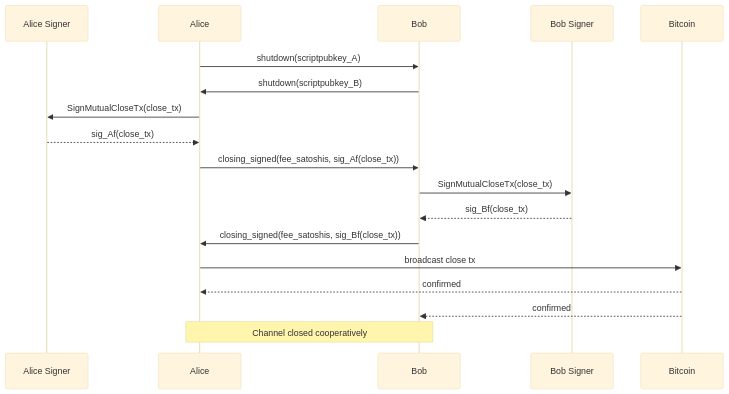
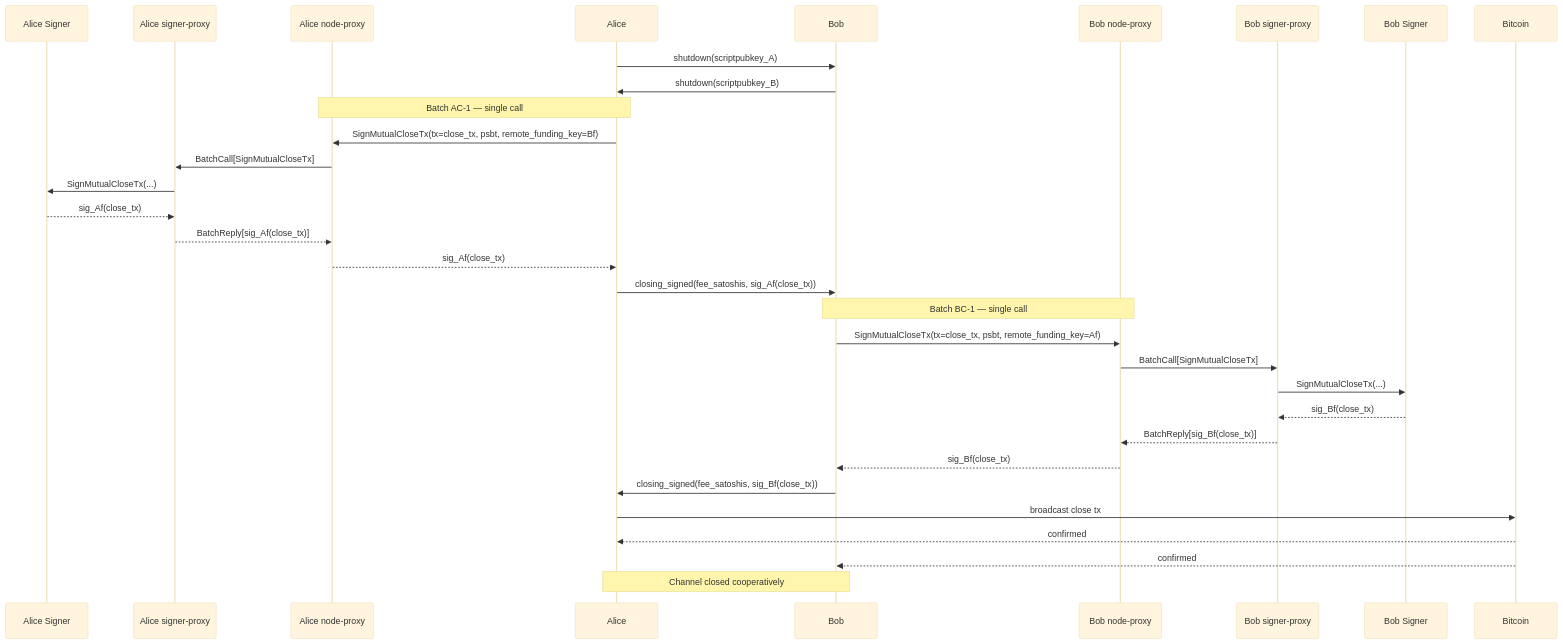
One commit to dukeh3/vls-arch changed the fourth of 4 diagrams in future/01-alice-pays-bob.md. Above: the diagram before and after it, drawn with Mermaid (base theme). The commit also changed other lines of this file and 4 other files, not shown here.

First line of the commit message:
Add v2 two-proxy batching scenario and future architecture diagram

````diff
--- a/future/01-alice-pays-bob.md
+++ b/future/01-alice-pays-bob.md
@@ -225,28 +444,41 @@
 ```mermaid
 sequenceDiagram
     participant SignerA as Alice Signer
+    participant ProxyA2 as Alice signer-proxy
+    participant ProxyA1 as Alice node-proxy
     participant Alice
     participant Bob
+    participant ProxyB1 as Bob node-proxy
+    participant ProxyB2 as Bob signer-proxy
     participant SignerB as Bob Signer
     participant Bitcoin
 
     Alice->>Bob: shutdown(scriptpubkey_A)
     Bob->>Alice: shutdown(scriptpubkey_B)
 
-    Alice->>SignerA: SignMutualCloseTx(close_tx)
-    SignerA-->>Alice: sig_Af(close_tx)
+    Note over Alice, ProxyA1: Batch AC-1 — single call
+    Alice->>ProxyA1: SignMutualCloseTx(tx=close_tx, psbt, remote_funding_key=Bf)
+    ProxyA1->>ProxyA2: BatchCall[SignMutualCloseTx]
+    ProxyA2->>SignerA: SignMutualCloseTx(...)
+    SignerA-->>ProxyA2: sig_Af(close_tx)
+    ProxyA2-->>ProxyA1: BatchReply[sig_Af(close_tx)]
+    ProxyA1-->>Alice: sig_Af(close_tx)
 
     Alice->>Bob: closing_signed(fee_satoshis, sig_Af(close_tx))
 
-    Bob->>SignerB: SignMutualCloseTx(close_tx)
-    SignerB-->>Bob: sig_Bf(close_tx)
+    Note over Bob, ProxyB1: Batch BC-1 — single call
+    Bob->>ProxyB1: SignMutualCloseTx(tx=close_tx, psbt, remote_funding_key=Af)
+    ProxyB1->>ProxyB2: BatchCall[SignMutualCloseTx]
+    ProxyB2->>SignerB: SignMutualCloseTx(...)
+    SignerB-->>ProxyB2: sig_Bf(close_tx)
+    ProxyB2-->>ProxyB1: BatchReply[sig_Bf(close_tx)]
+    ProxyB1-->>Bob: sig_Bf(close_tx)
 
     Bob->>Alice: closing_signed(fee_satoshis, sig_Bf(close_tx))
 
     Alice->>Bitcoin: broadcast close tx
-
     Bitcoin-->>Alice: confirmed
     Bitcoin-->>Bob: confirmed
 
     Note over Alice, Bob: Channel closed cooperatively
 ```
````
